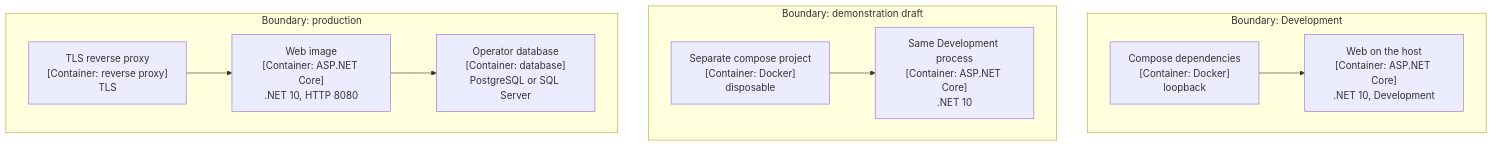
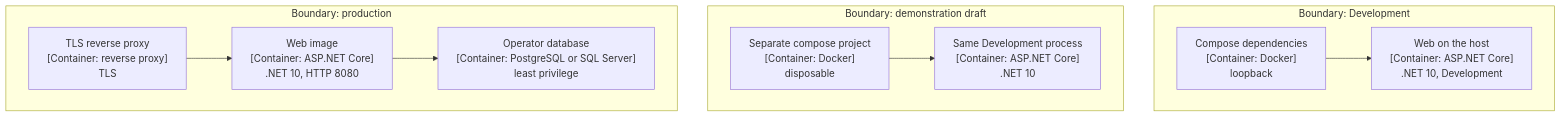
One commit to sabysabashvily/EclipsVault changed the fifth of 5 diagrams in docs/presentation/defence-draft/diagrams.md. Above: the diagram before and after it, drawn with Mermaid. The commit also changed other lines of this file and 7 other files, not shown here.

````diff
--- a/docs/presentation/defence-draft/diagrams.md
+++ b/docs/presentation/defence-draft/diagrams.md
@@ -251,20 +256,21 @@
 ```mermaid
+%%{init: {"flowchart": {"wrappingWidth": 560}} }%%
 flowchart TB
   subgraph development ["Boundary: Development"]
     compose["Compose dependencies<br/>[Container: Docker]<br/>loopback"]
     host["Web on the host<br/>[Container: ASP.NET Core]<br/>.NET 10, Development"]
   end
   subgraph demonstration ["Boundary: demonstration draft"]
     disposable["Separate compose project<br/>[Container: Docker]<br/>disposable"]
     demoapp["Same Development process<br/>[Container: ASP.NET Core]<br/>.NET 10"]
   end
   subgraph production ["Boundary: production"]
     proxy["TLS reverse proxy<br/>[Container: reverse proxy]<br/>TLS"]
     image["Web image<br/>[Container: ASP.NET Core]<br/>.NET 10, HTTP 8080"]
-    proddb["Operator database<br/>[Container: database]<br/>PostgreSQL or SQL Server"]
+    proddb["Operator database<br/>[Container: PostgreSQL or SQL Server]<br/>least privilege"]
   end
   compose --> host
   disposable --> demoapp
   proxy --> image
   image --> proddb
 ```
````
